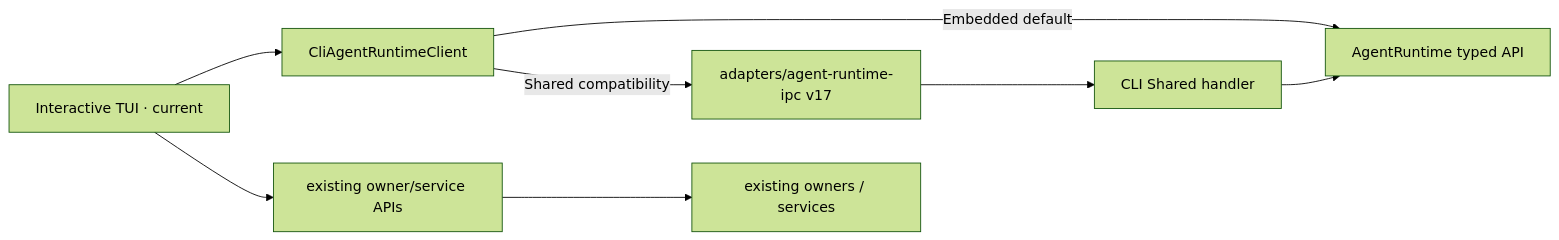
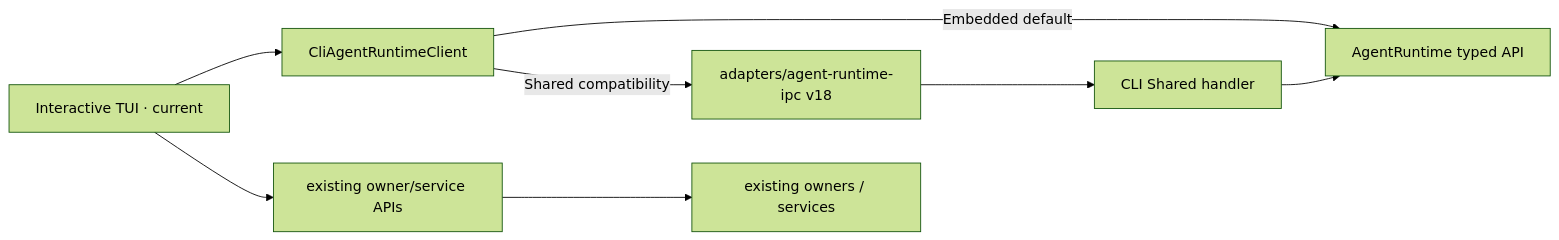
Diagram 13 of 17 in docs/architecture/agent-runtime-deployment-design.md (116zoo/hc), drawn with Mermaid (forest theme) before and after one commit. The commit also changed other lines of this file and 16 other files, not shown here.

````diff
--- a/docs/architecture/agent-runtime-deployment-design.md
+++ b/docs/architecture/agent-runtime-deployment-design.md
@@ -386,10 +387,10 @@
 ```mermaid
 flowchart LR
   TUI["Interactive TUI · current"] --> RuntimeClient["CliAgentRuntimeClient"]
   RuntimeClient -->|"Embedded default"| Runtime["AgentRuntime typed API"]
-  RuntimeClient -->|"Shared compatibility"| IPC["adapters/agent-runtime-ipc v17"]
+  RuntimeClient -->|"Shared compatibility"| IPC["adapters/agent-runtime-ipc v18"]
   TUI --> OwnerApis["existing owner/service APIs"]
   OwnerApis --> DomainOwners["existing owners / services"]
   IPC --> Handler["CLI Shared handler"]
   Handler --> Runtime
 ```
````
